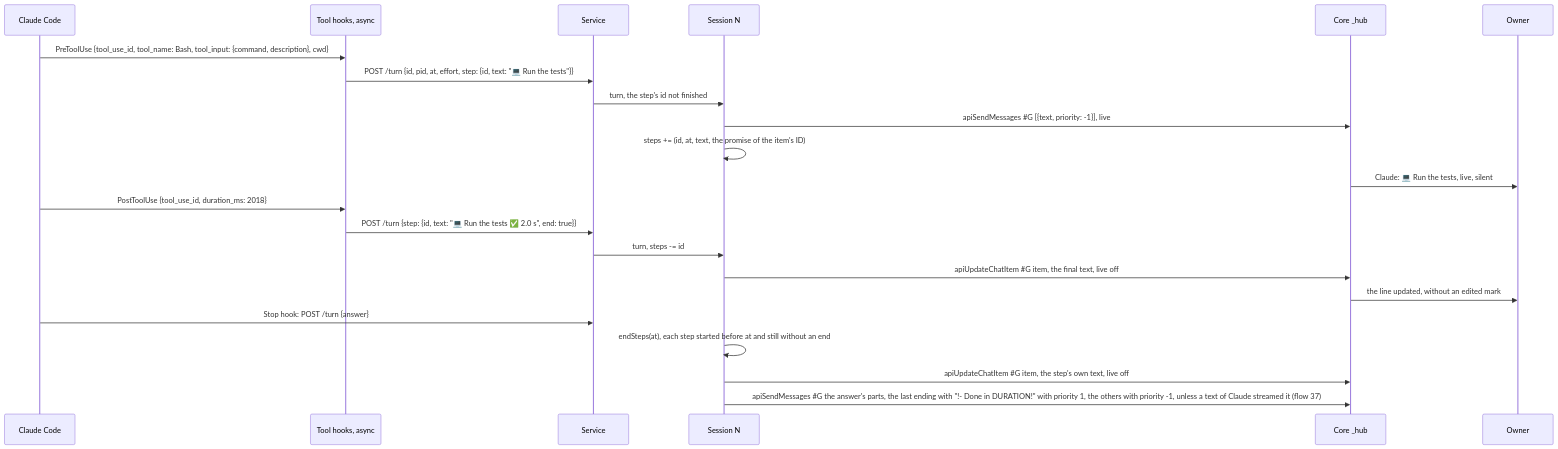
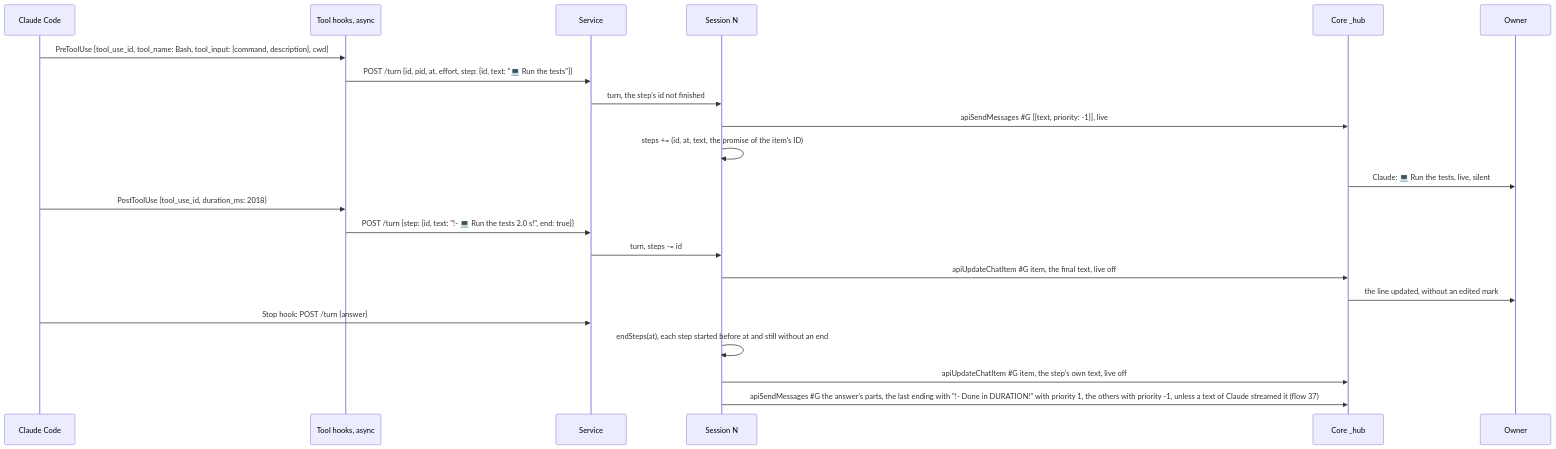
Before and after one commit to simplex-chat/simplex-chat: diagram 32 of 39 in packages/simplex-chat-mcp/spec/flows.md, drawn with Mermaid. The commit also changed 6 other files, not shown here.

````diff
--- a/packages/simplex-chat-mcp/spec/flows.md
+++ b/packages/simplex-chat-mcp/spec/flows.md
@@ -1484,24 +1484,24 @@
 ```mermaid
 sequenceDiagram
   participant CC as Claude Code
   participant HK as Tool hooks, async
   participant D as Service
   participant N as Session N
   participant C as Core _hub
   participant O as Owner
   CC->>HK: PreToolUse {tool_use_id, tool_name: Bash, tool_input: {command, description}, cwd}
   HK->>D: POST /turn {id, pid, at, effort, step: {id, text: "💻 Run the tests"}}
   D->>N: turn, the step's id not finished
   N->>C: apiSendMessages #35;G [{text, priority: -1}], live
   N->>N: steps += (id, at, text, the promise of the item's ID)
   C->>O: Claude: 💻 Run the tests, live, silent
   CC->>HK: PostToolUse {tool_use_id, duration_ms: 2018}
-  HK->>D: POST /turn {step: {id, text: "💻 Run the tests ✅ 2.0 s", end: true}}
+  HK->>D: POST /turn {step: {id, text: "!- 💻 Run the tests 2.0 s!", end: true}}
   D->>N: turn, steps -= id
   N->>C: apiUpdateChatItem #35;G item, the final text, live off
   C->>O: the line updated, without an edited mark
   CC->>D: Stop hook: POST /turn {answer}
   N->>N: endSteps(at), each step started before at and still without an end
   N->>C: apiUpdateChatItem #35;G item, the step's own text, live off
   N->>C: apiSendMessages #35;G the answer's parts, the last ending with "!- Done in DURATION!" with priority 1, the others with priority -1, unless a text of Claude streamed it (flow 37)
 ```
````
